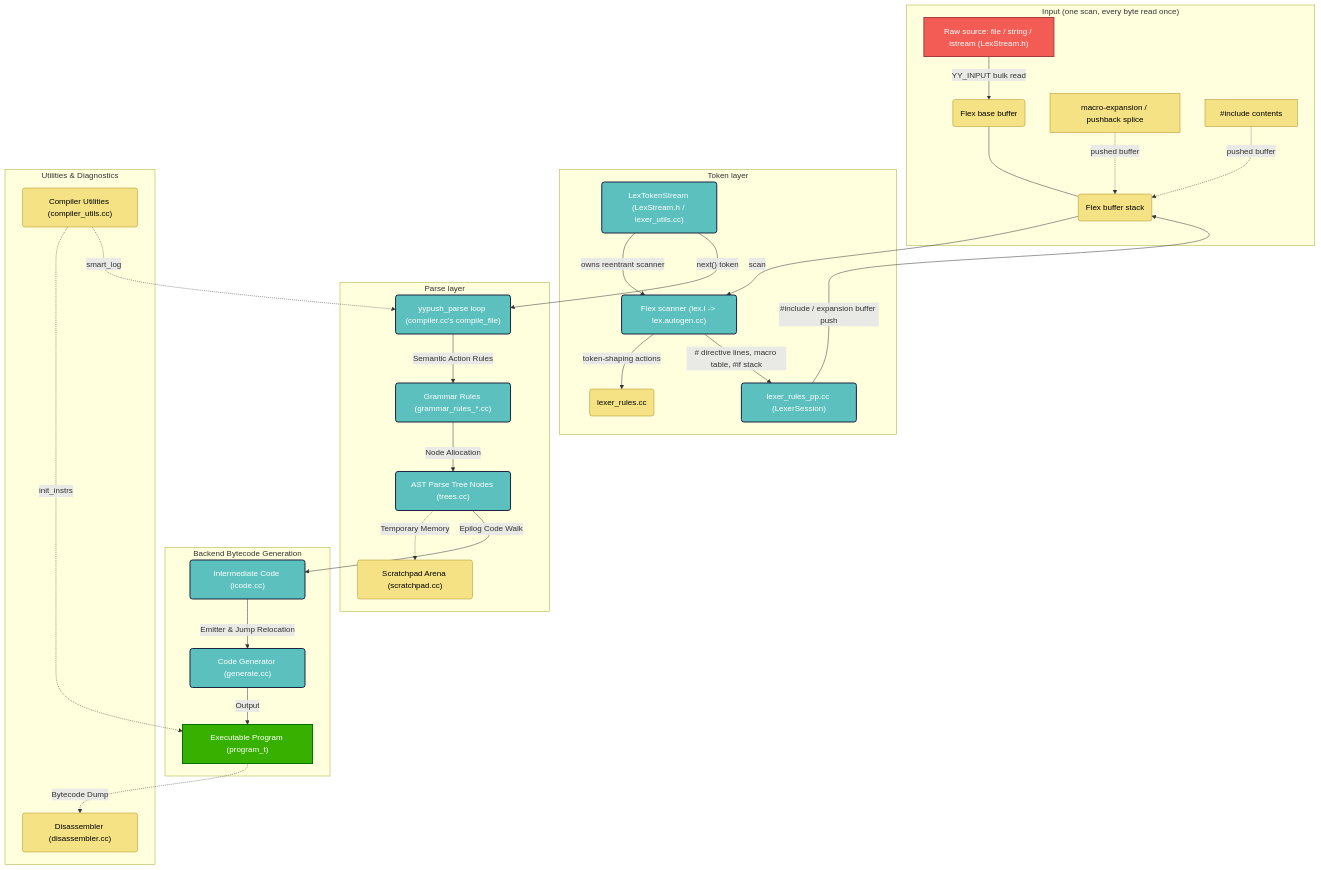
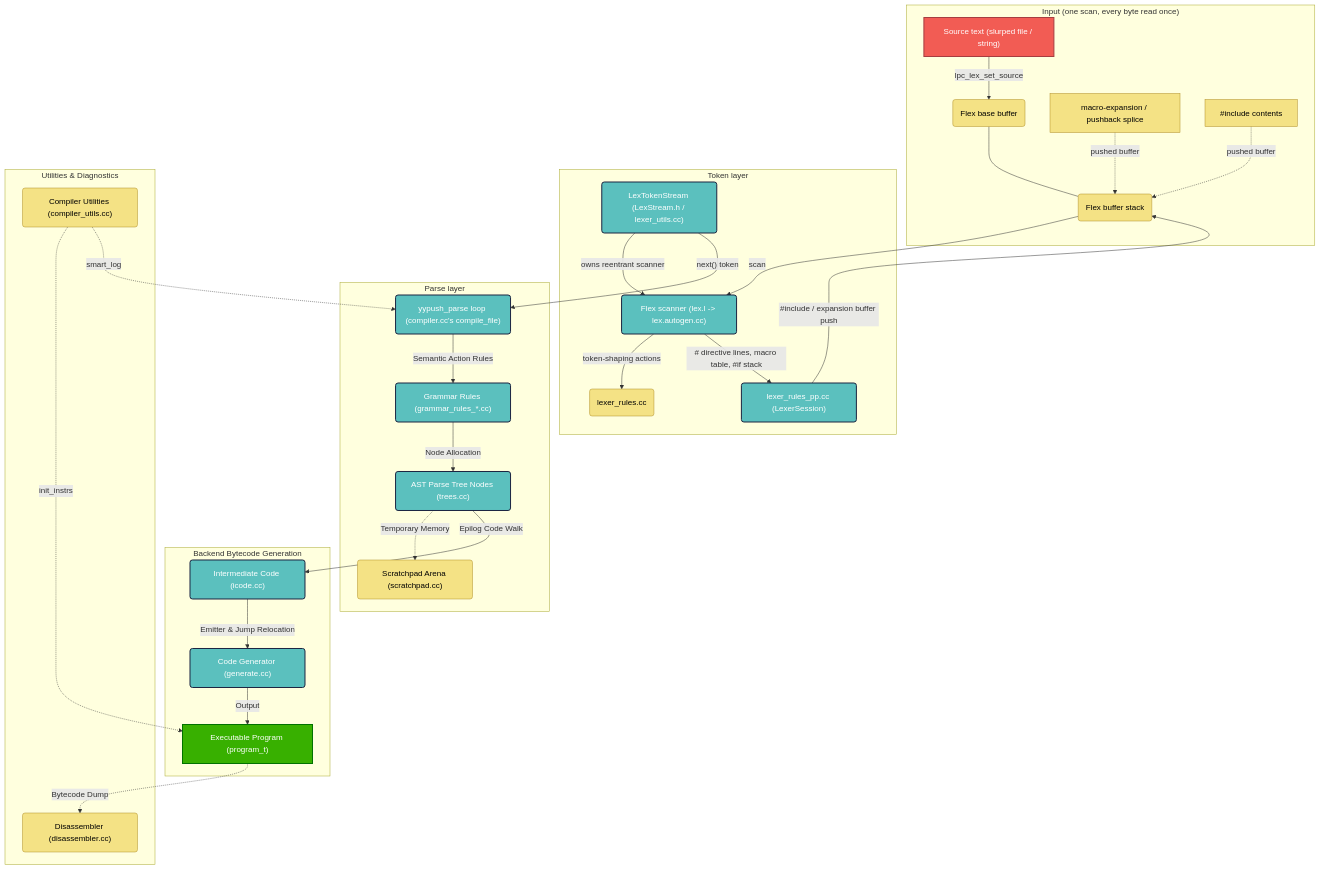
Before and after one commit to fluffos/fluffos: the diagram in src/compiler/internal/README.md, drawn with Mermaid. The commit also changed other lines of this file and 14 other files, not shown here.

````diff
--- a/src/compiler/internal/README.md
+++ b/src/compiler/internal/README.md
@@ -11,46 +11,46 @@
 ```mermaid
 graph TB
     subgraph "Input (one scan, every byte read once)"
-        A["Raw source: file / string / istream (LexStream.h)"] -->|YY_INPUT bulk read| BASE("Flex base buffer")
+        A["Source text (slurped file / string)"] -->|lpc_lex_set_source| BASE("Flex base buffer")
         MACRO["macro-expansion / pushback splice"] -.->|pushed buffer| STACK("Flex buffer stack")
         INC["#include contents"] -.->|pushed buffer| STACK
         BASE --- STACK
     end
 
     subgraph "Token layer"
         STACK -->|scan| LEX("Flex scanner (lex.l -> lex.autogen.cc)")
         LEX -->|"token-shaping actions"| LR("lexer_rules.cc")
         LEX -->|"# directive lines, macro table, #if stack"| LRPP("lexer_rules_pp.cc (LexerSession)")
         LRPP -->|"#include / expansion buffer push"| STACK
         LTS("LexTokenStream (LexStream.h / lexer_utils.cc)") -->|"owns reentrant scanner"| LEX
     end
 
     subgraph "Parse layer"
         LTS -->|"next() token"| PARSE("yypush_parse loop (compiler.cc's compile_file)")
         PARSE -->|Semantic Action Rules| GR("Grammar Rules (grammar_rules_*.cc)")
         GR -->|Node Allocation| TREE("AST Parse Tree Nodes (trees.cc)")
         TREE -.->|Temporary Memory| SCRATCH("Scratchpad Arena (scratchpad.cc)")
     end
 
     subgraph "Backend Bytecode Generation"
         TREE -->|Epilog Code Walk| ICODE("Intermediate Code (icode.cc)")
         ICODE -->|Emitter & Jump Relocation| GEN("Code Generator (generate.cc)")
         GEN -->|Output| PROG["Executable Program (program_t)"]
     end
 
     subgraph "Utilities & Diagnostics"
         PROG -.->|Bytecode Dump| DIS("Disassembler (disassembler.cc)")
         CU("Compiler Utilities (compiler_utils.cc)") -.->|init_instrs| PROG
         CU -.->|smart_log| PARSE
     end
 
     classDef main fill:#5bc0be,stroke:#1c2541,stroke-width:2px,color:#fff;
     classDef util fill:#f4e285,stroke:#b08e28,stroke-width:1px,color:#000;
     classDef start fill:#f25c54,stroke:#a63d40,stroke-width:2px,color:#fff;
     classDef result fill:#38b000,stroke:#007200,stroke-width:2px,color:#fff;
 
     class A start;
     class PROG result;
     class LTS,LEX,LRPP,PARSE,GR,TREE,ICODE,GEN main;
     class BASE,STACK,LR,MACRO,INC,SCRATCH,DIS,CU util;
 ```
````
